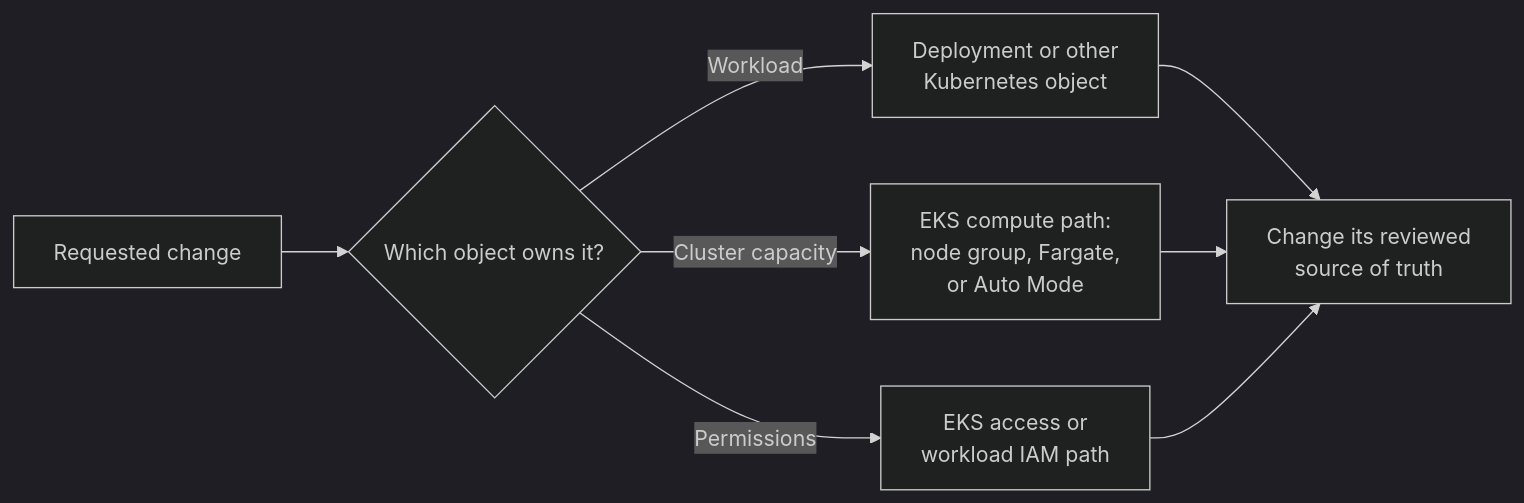
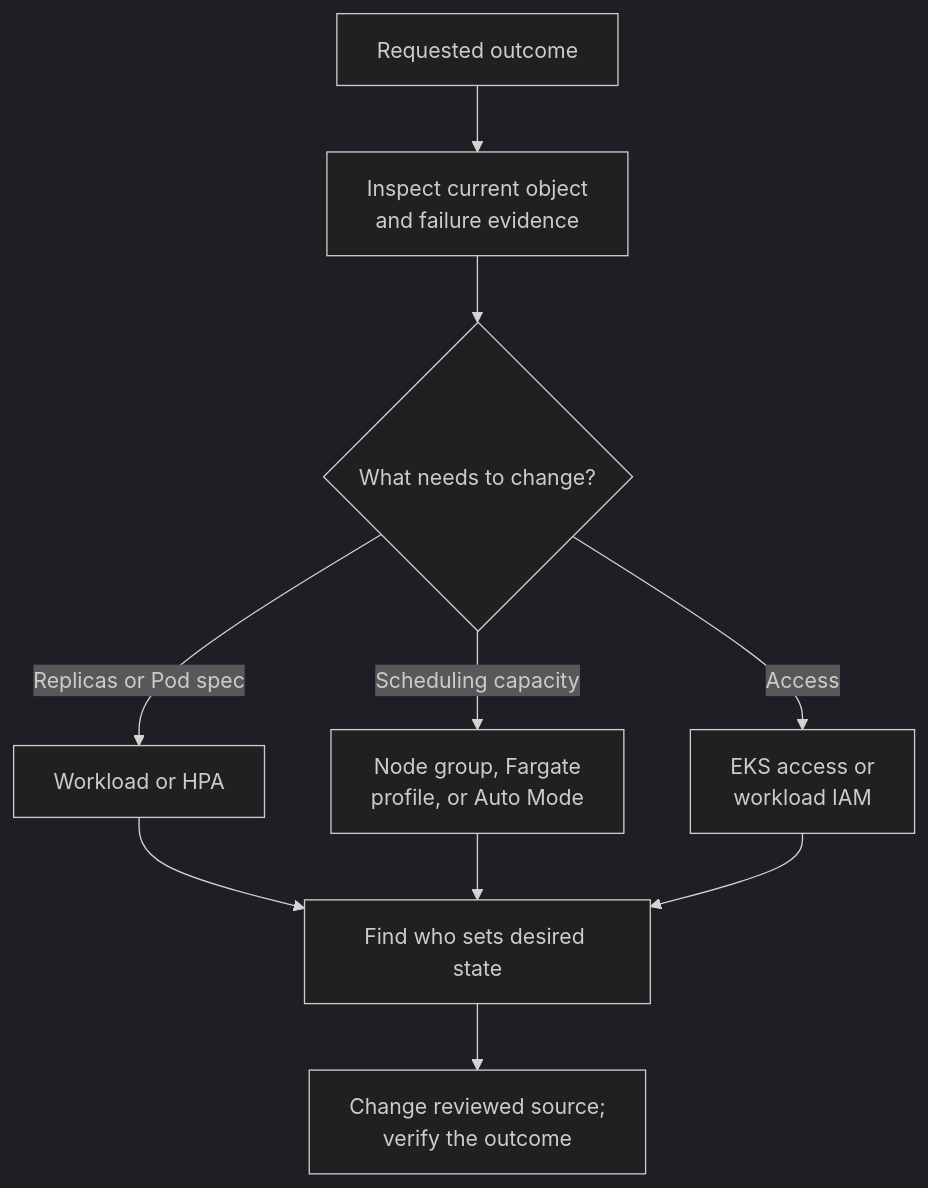
The diagram in knowledge/kubernetes/commands/eksctl-commands.md (David-A18/MY-humble-knowledge-for-everyone), drawn with Mermaid (dark theme) before and after one commit. The commit also changed other lines of this file and 5 other files, not shown here.

Commit message:
Clarify EKS change ownership from scheduling evidence

````diff
--- a/knowledge/kubernetes/commands/eksctl-commands.md
+++ b/knowledge/kubernetes/commands/eksctl-commands.md
@@ -51,10 +83,12 @@
 ```mermaid
-flowchart LR
-  goal["Requested change"] --> owner{"Which object owns it?"}
-  owner -->|Workload| k8s["Deployment or other<br/>Kubernetes object"]
-  owner -->|Cluster capacity| eks["EKS compute path:<br/>node group, Fargate,<br/>or Auto Mode"]
-  owner -->|Permissions| iam["EKS access or<br/>workload IAM path"]
-  k8s --> source["Change its reviewed<br/>source of truth"]
-  eks --> source
-  iam --> source
+flowchart TB
+  goal["Requested outcome"] --> evidence["Inspect current object<br/>and failure evidence"]
+  evidence --> change{"What needs to change?"}
+  change -->|Replicas or Pod spec| k8s["Workload or HPA"]
+  change -->|Scheduling capacity| eks["Node group, Fargate<br/>profile, or Auto Mode"]
+  change -->|Access| iam["EKS access or<br/>workload IAM"]
+  k8s --> owner["Find who sets desired state"]
+  eks --> owner
+  iam --> owner
+  owner --> source["Change reviewed source;<br/>verify the outcome"]
 ```
````
